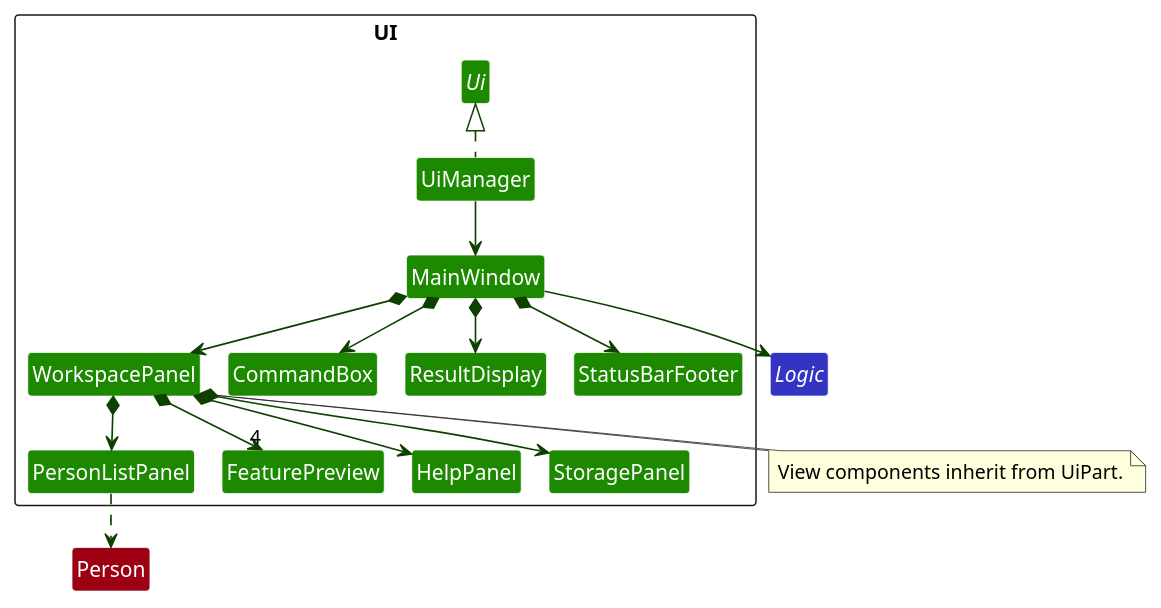
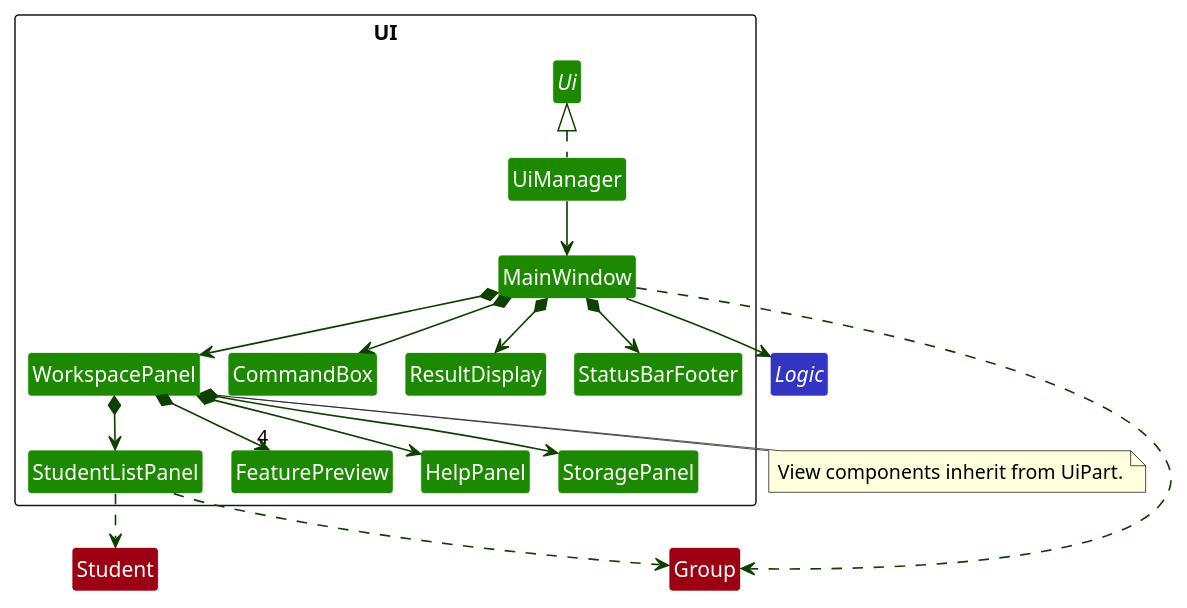
The diagram in docs/diagrams/UiClassDiagram.puml (AY2627S1-CS2103T-T12-4/tp), drawn with PlantUML before and after one commit. The commit also changed 2 other files, not shown here.

Commit message:
Describe the student roster UI in the DG
The DG still describes the contact roster and its manual tests.

```diff
--- a/docs/diagrams/UiClassDiagram.puml
+++ b/docs/diagrams/UiClassDiagram.puml
@@ -1,47 +1,50 @@
 @startuml
 !pragma layout smetana
 skinparam shadowing false
 skinparam packageStyle rectangle
 skinparam classBackgroundColor #1D8900
 skinparam classFontColor white
 skinparam classBorderColor white
 skinparam packageBackgroundColor white
 hide members
 hide circle
 skinparam arrowThickness 1.1
 skinparam arrowColor #0E4100
 
 package UI <<Rectangle>> {
 interface Ui
 class UiManager
 class MainWindow
 class WorkspacePanel
 class CommandBox
 class ResultDisplay
 class StatusBarFooter
-class PersonListPanel
+class StudentListPanel
 class FeaturePreview
 class HelpPanel
 class StoragePanel
 }
 
 UiManager .up.|> Ui
 UiManager --> MainWindow
 MainWindow *--> CommandBox
 MainWindow *--> ResultDisplay
 MainWindow *--> StatusBarFooter
 MainWindow *--> WorkspacePanel
-WorkspacePanel *--> PersonListPanel
+WorkspacePanel *--> StudentListPanel
 WorkspacePanel *--> "4" FeaturePreview
 WorkspacePanel *--> HelpPanel
 WorkspacePanel *--> StoragePanel
 
 note bottom of WorkspacePanel
 View components inherit from UiPart.
 end note
 
 interface Logic #3333C4
-class Person #9D0012
+class Group #9D0012
+class Student #9D0012
 MainWindow --> Logic
-PersonListPanel ..> Person
+MainWindow ..> Group
+StudentListPanel ..> Group
+StudentListPanel ..> Student
 @enduml
```
